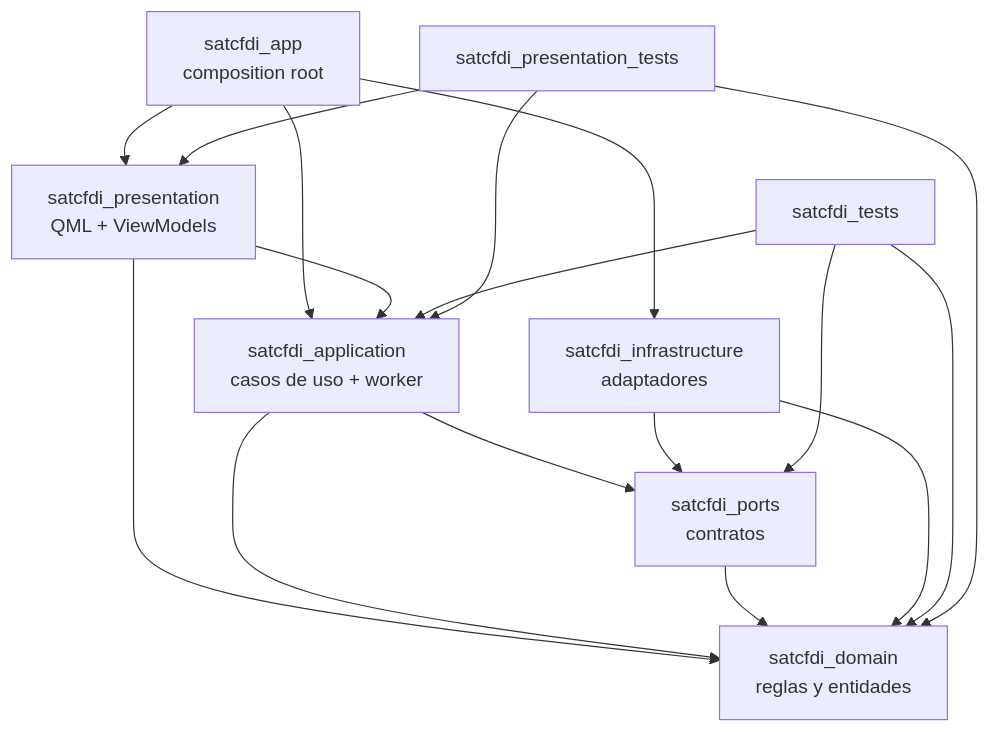
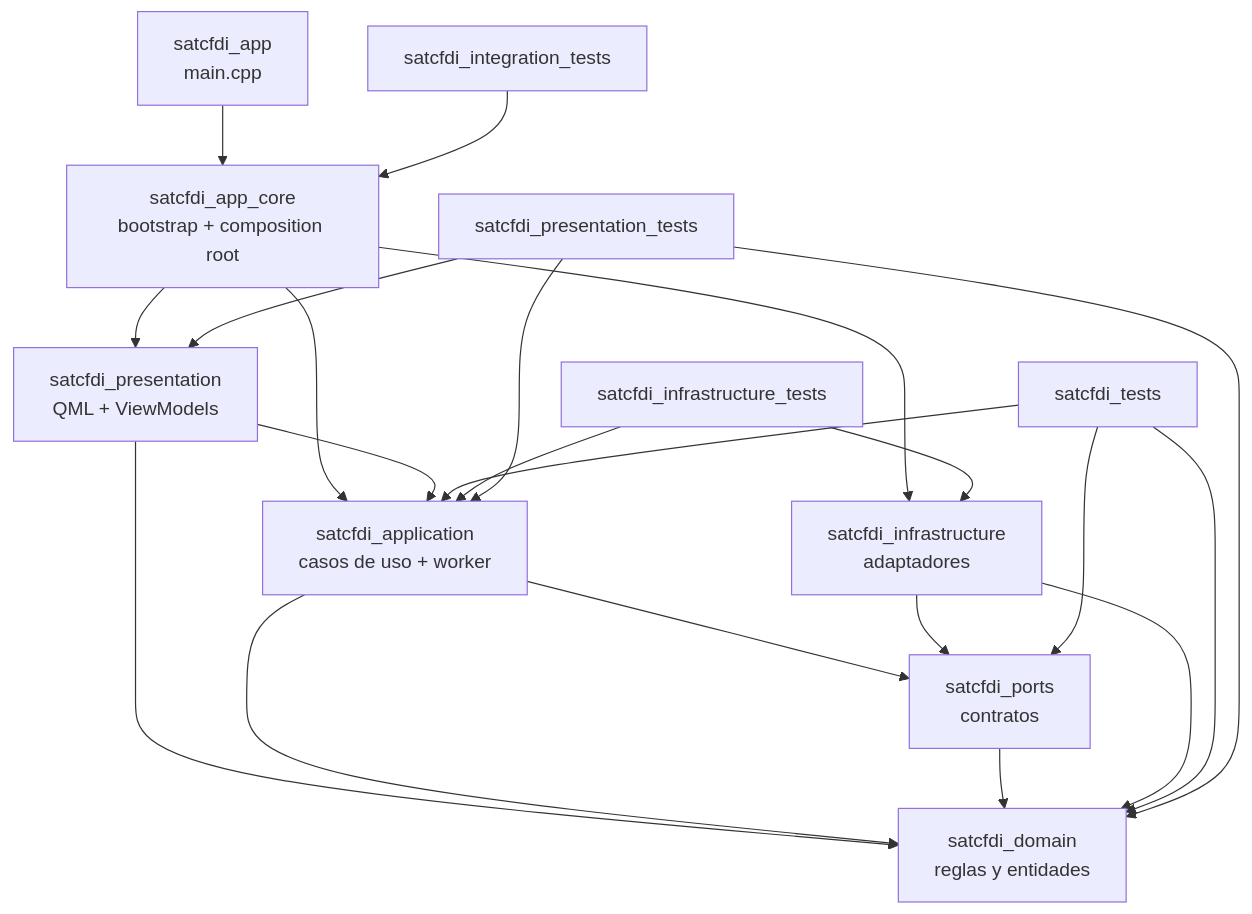
Before and after one commit to irritila/sat-cfdi-downloader: the diagram in docs/design/qt-project-structure.md, drawn with Mermaid. The commit also changed other lines of this file and 4 other files, not shown here.

````diff
--- a/docs/design/qt-project-structure.md
+++ b/docs/design/qt-project-structure.md
@@ -36,32 +39,40 @@
 ```mermaid
 flowchart TB
-    app["satcfdi_app<br/>composition root"]
+    app["satcfdi_app<br/>main.cpp"]
+    app_core["satcfdi_app_core<br/>bootstrap + composition root"]
     presentation["satcfdi_presentation<br/>QML + ViewModels"]
     application["satcfdi_application<br/>casos de uso + worker"]
     ports["satcfdi_ports<br/>contratos"]
     domain["satcfdi_domain<br/>reglas y entidades"]
     infrastructure["satcfdi_infrastructure<br/>adaptadores"]
     tests["satcfdi_tests"]
+    infrastructure_tests["satcfdi_infrastructure_tests"]
+    integration_tests["satcfdi_integration_tests"]
     presentation_tests["satcfdi_presentation_tests"]
 
-    app --> presentation
-    app --> application
-    app --> infrastructure
+    app --> app_core
+
+    app_core --> presentation
+    app_core --> application
+    app_core --> infrastructure
 
     presentation --> application
     presentation --> domain
 
     application --> ports
     application --> domain
 
     ports --> domain
     infrastructure --> ports
     infrastructure --> domain
 
     tests --> domain
     tests --> application
     tests --> ports
+    infrastructure_tests --> infrastructure
+    infrastructure_tests --> application
+    integration_tests --> app_core
     presentation_tests --> presentation
     presentation_tests --> application
     presentation_tests --> domain
 ```
````
